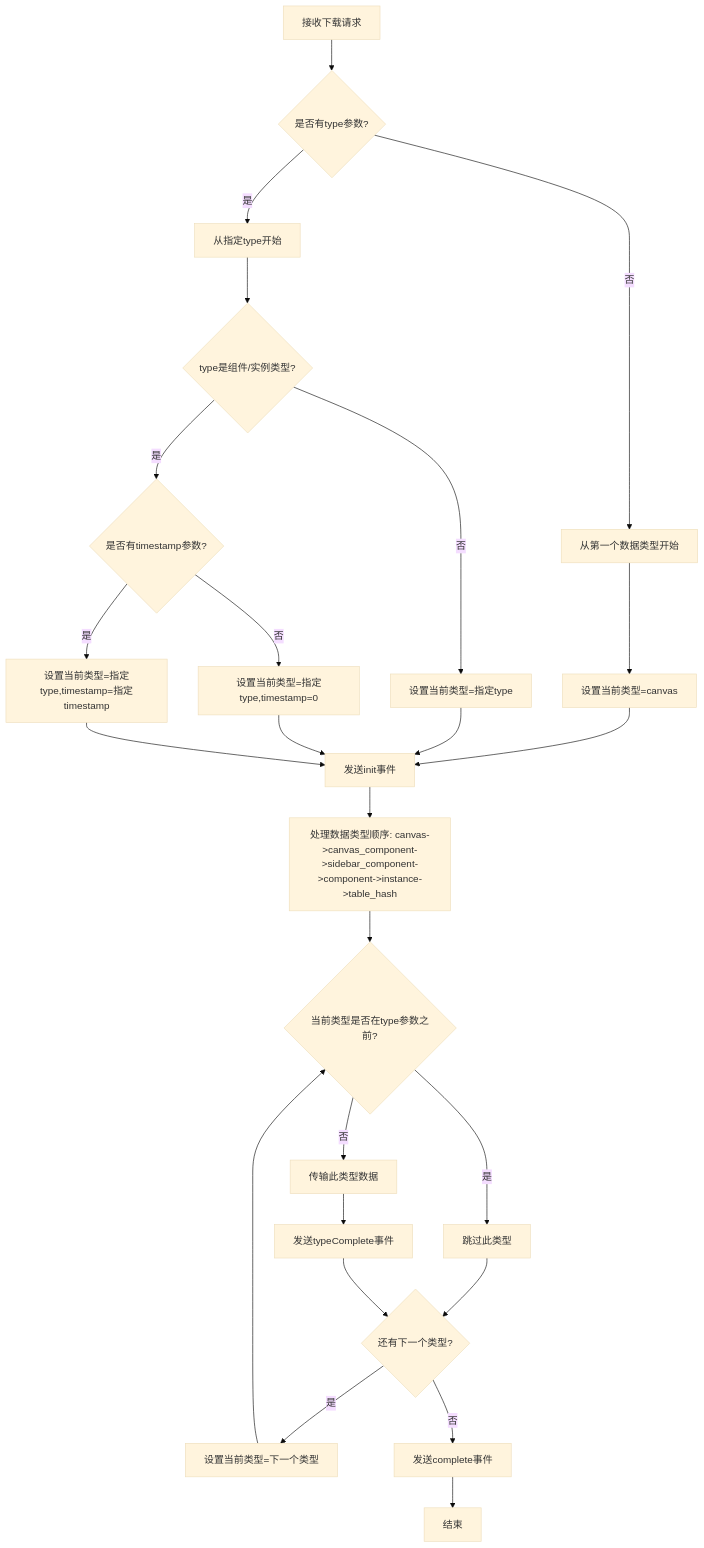
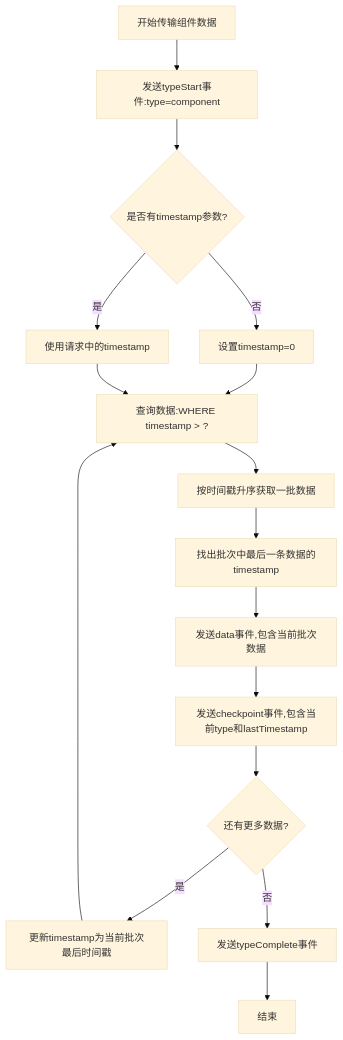
Before and after one commit to yingjianzh/iodraw-files: the diagram in all/未命名-59.md, drawn with Mermaid (base theme).

Commit message:
2025-05-14 15:20:35 update

````diff
--- a/all/未命名-59.md
+++ b/all/未命名-59.md
@@ -1,37 +1,24 @@
 ```mermaid
 flowchart TD
-    A[接收下载请求] --> B{是否有type参数?}
+    A[开始传输组件数据] --> B[发送typeStart事件:type=component]
     
-    B -->|否| C[从第一个数据类型开始]
-    B -->|是| D[从指定type开始]
+    B --> C{是否有timestamp参数?}
+    C -->|否| D[设置timestamp=0]
+    C -->|是| E[使用请求中的timestamp]
     
-    C --> E[设置当前类型=canvas]
-    D --> F{type是组件/实例类型?}
+    D --> F[查询数据:WHERE timestamp > ?]
+    E --> F
     
-    F -->|否| G[设置当前类型=指定type]
-    F -->|是| H{是否有timestamp参数?}
+    F --> G[按时间戳升序获取一批数据]
+    G --> H[找出批次中最后一条数据的timestamp]
     
-    H -->|否| I[设置当前类型=指定type,timestamp=0]
-    H -->|是| J[设置当前类型=指定type,timestamp=指定timestamp]
+    H --> I[发送data事件,包含当前批次数据]
+    I --> J[发送checkpoint事件,包含当前type和lastTimestamp]
     
-    E --> K[发送init事件]
-    G --> K
-    I --> K
-    J --> K
+    J --> K{还有更多数据?}
+    K -->|是| L[更新timestamp为当前批次最后时间戳]
+    L --> F
     
-    K --> L[处理数据类型顺序: canvas->canvas_component->sidebar_component->component->instance->table_hash]
-    
-    L --> M{当前类型是否在type参数之前?}
-    M -->|是| N[跳过此类型]
-    M -->|否| O[传输此类型数据]
-    
-    N --> P{还有下一个类型?}
-    O --> Q[发送typeComplete事件]
-    Q --> P
-    
-    P -->|是| R[设置当前类型=下一个类型]
-    P -->|否| S[发送complete事件]
-    
-    R --> M
-    S --> T[结束]
+    K -->|否| M[发送typeComplete事件]
+    M --> N[结束]
 ```
````
